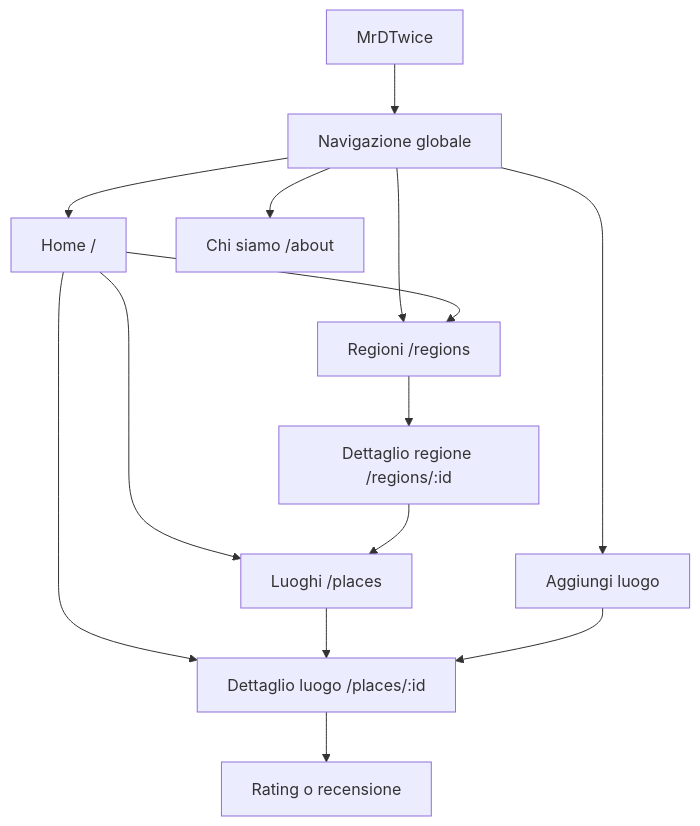
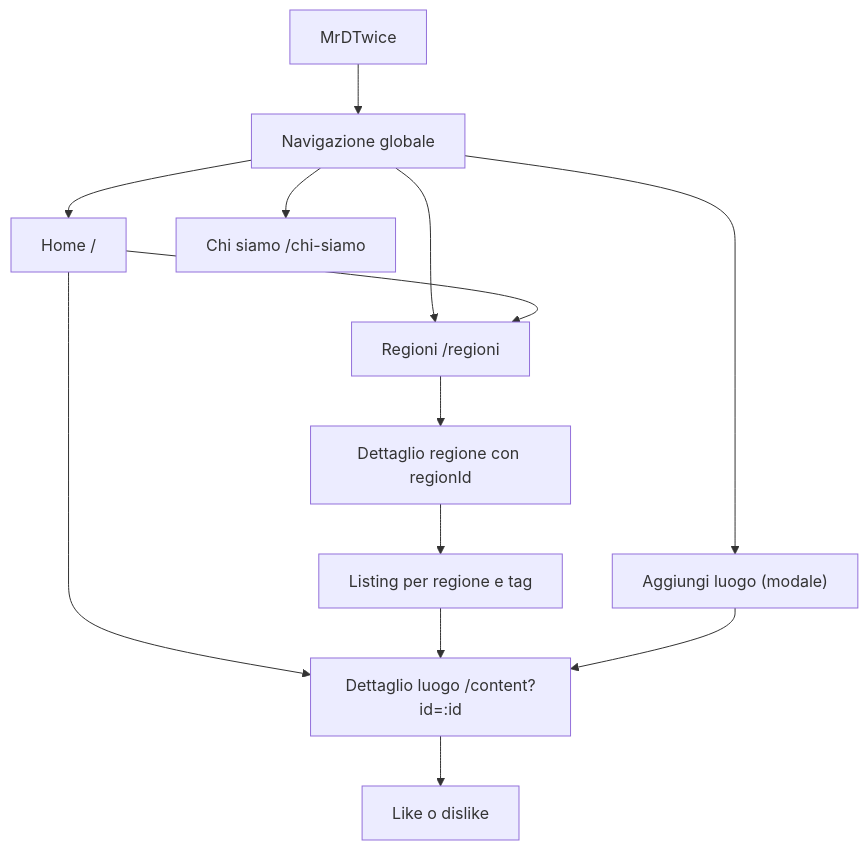
The first of 6 diagrams in docs/information-architecture.md (ricpastori/Progetto_Academy_MrDTwice), drawn with Mermaid before and after one commit. The commit also changed other lines of this file and 23 other files, not shown here.

````diff
--- a/docs/information-architecture.md
+++ b/docs/information-architecture.md
@@ -21,18 +17,17 @@
 ```mermaid
 flowchart TD
   App["MrDTwice"] --> Header["Navigazione globale"]
   Header --> Home["Home /"]
-  Header --> Regions["Regioni /regions"]
-  Header --> About["Chi siamo /about"]
-  Header --> AddPlace["Aggiungi luogo"]
+  Header --> Regions["Regioni /regioni"]
+  Header --> About["Chi siamo /chi-siamo"]
+  Header --> AddPlace["Aggiungi luogo (modale)"]
 
   Home --> Regions
-  Home --> Places["Luoghi /places"]
-  Home --> Detail["Dettaglio luogo /places/:id"]
+  Home --> Detail["Dettaglio luogo /content?id=:id"]
 
-  Regions --> RegionDetail["Dettaglio regione /regions/:id"]
-  RegionDetail --> Places
+  Regions --> RegionDetail["Dettaglio regione con regionId"]
+  RegionDetail --> Places["Listing per regione e tag"]
   Places --> Detail
-  Detail --> AddReview["Rating o recensione"]
+  Detail --> Feedback["Like o dislike"]
   AddPlace --> Detail
 ```
````
